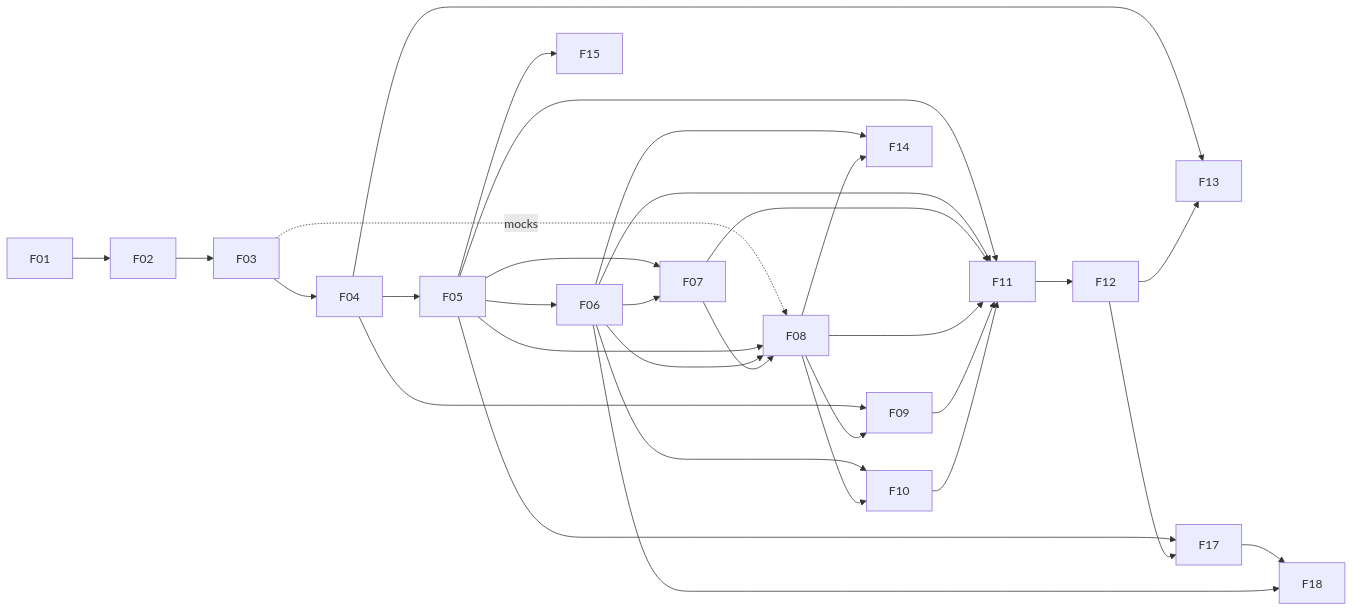
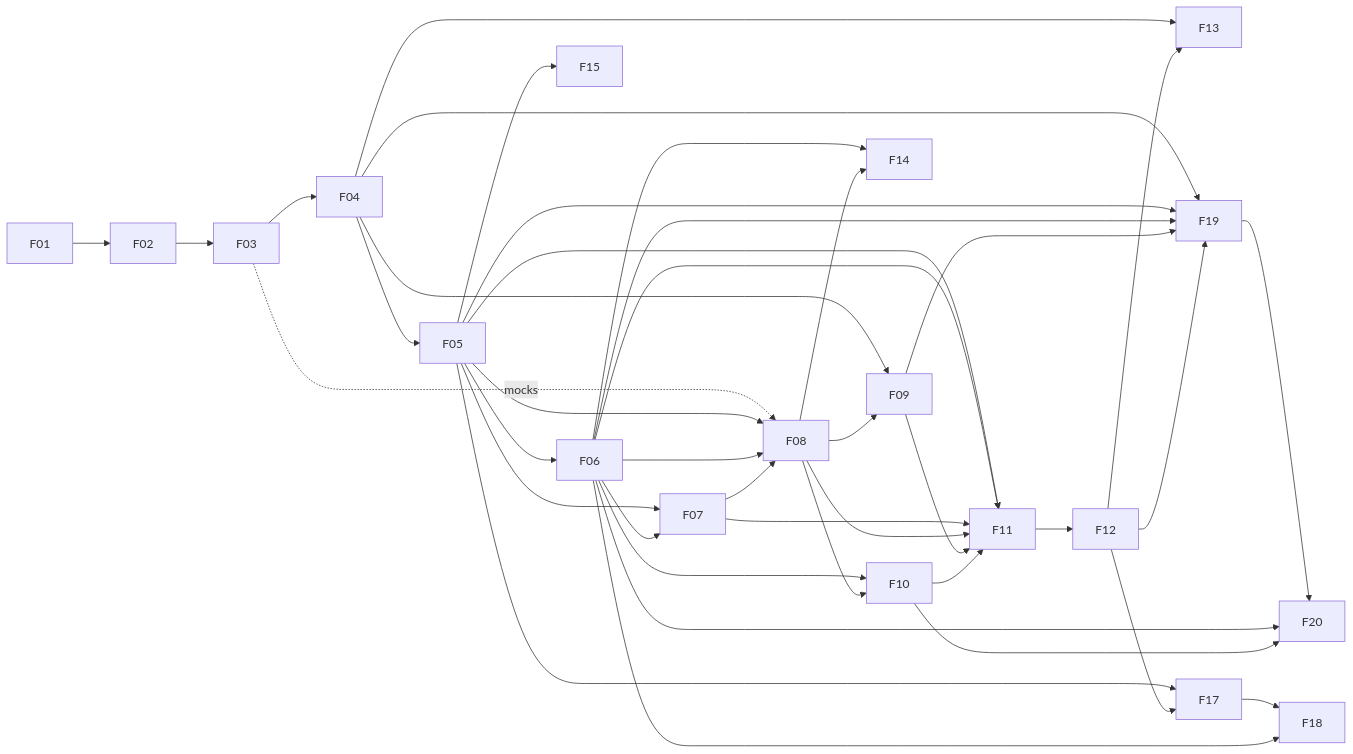
The second of 2 diagrams in specs/ROADMAP.md (micaelleos/FunctionalAgent), drawn with Mermaid before and after one commit. The commit also changed other lines of this file and 18 other files, not shown here.

````diff
--- a/specs/ROADMAP.md
+++ b/specs/ROADMAP.md
@@ -118,16 +127,18 @@
 ```mermaid
 flowchart LR
     F01 --> F02 --> F03 --> F04 --> F05 --> F06
     F05 --> F07
     F06 --> F07
     F03 -.mocks.-> F08
     F05 & F06 & F07 --> F08
     F04 & F08 --> F09
     F06 & F08 --> F10
     F05 & F06 & F07 & F08 & F09 & F10 --> F11 --> F12
     F04 & F12 --> F13
     F05 & F12 --> F17 --> F18
     F06 --> F18
     F06 & F08 --> F14
     F05 --> F15
+    F04 & F05 & F06 & F09 & F12 --> F19 --> F20
+    F06 & F10 --> F20
 ```
````
